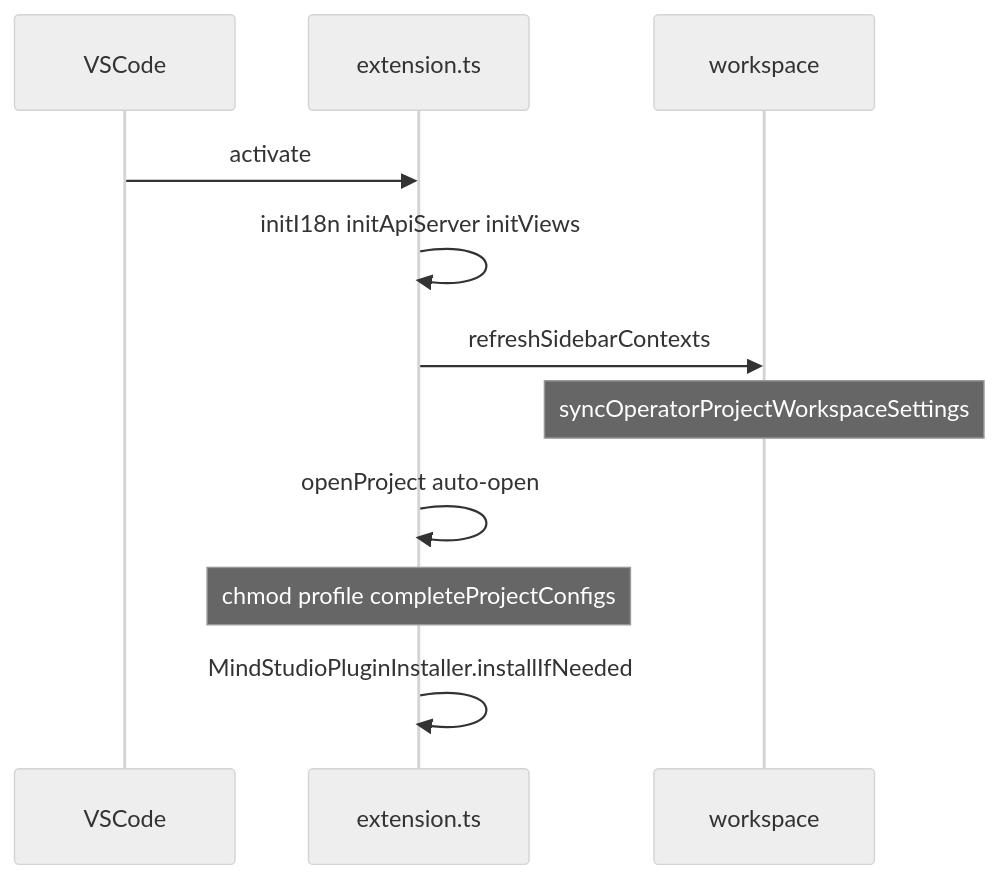
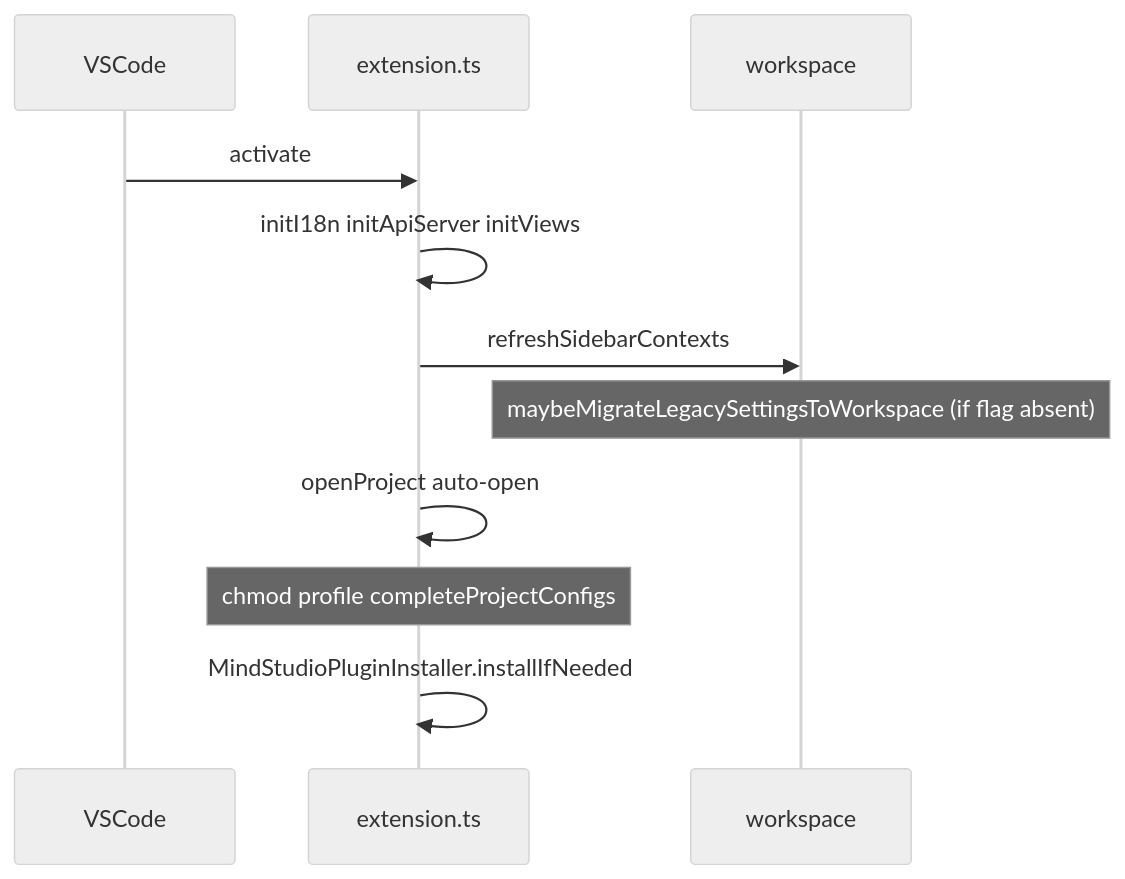
The diagram in docs/user-issues/startup-performance.md (IdeFrontend/opdev_plugin), drawn with Mermaid (neutral theme) before and after one commit. The commit also changed other lines of this file and 74 other files, not shown here.

Commit message:
feat(settings): one-time legacy migrate, settings-only runtime, watchMainConfig

````diff
--- a/docs/user-issues/startup-performance.md
+++ b/docs/user-issues/startup-performance.md
@@ -53,13 +53,13 @@
 ```mermaid
 sequenceDiagram
   participant VSCode
   participant Ext as extension.ts
   participant WS as workspace
   VSCode->>Ext: activate
   Ext->>Ext: initI18n initApiServer initViews
   Ext->>WS: refreshSidebarContexts
-  Note over WS: syncOperatorProjectWorkspaceSettings
+  Note over WS: maybeMigrateLegacySettingsToWorkspace (if flag absent)
   Ext->>Ext: openProject auto-open
   Note over Ext: chmod profile completeProjectConfigs
   Ext->>Ext: MindStudioPluginInstaller.installIfNeeded
 ```
````
